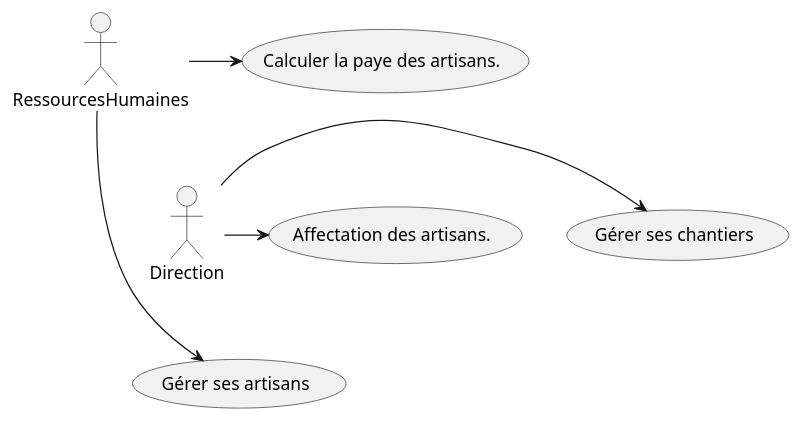
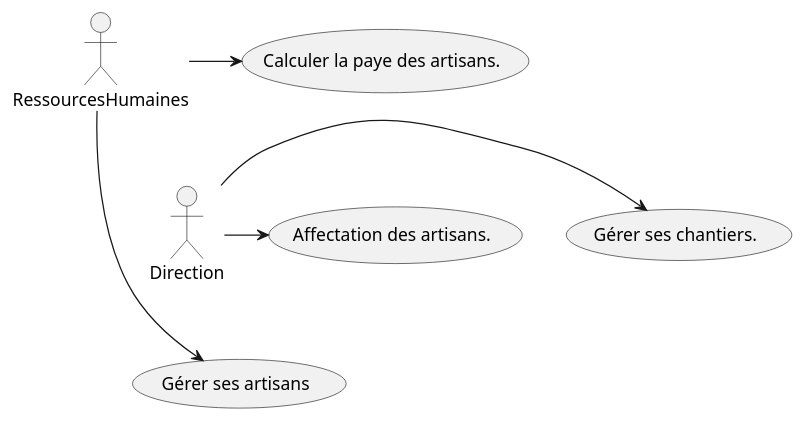
The diagram in uc.plantuml (IUT-Blagnac/r2-01-conception-td5-Falsimane), drawn with PlantUML before and after one commit.

```diff
--- a/uc.plantuml
+++ b/uc.plantuml
@@ -1,21 +1,21 @@
 @startuml UC
 
-usecase c as "Gérer ses chantiers"
+usecase c as "Gérer ses chantiers."
 usecase g as "Gérer ses artisans"
 usecase a as "Affectation des artisans."
 usecase p as "Calculer la paye des artisans."
 
 actor Direction
 actor RessourcesHumaines
 
 'Pour aligner les 2 acteurs :
 a -[hidden]-> g
 p -[hidden]-> a
 
 Direction -> c
 Direction -> a
 
 RessourcesHumaines -> p
 RessourcesHumaines -> g
 
 @enduml
```
